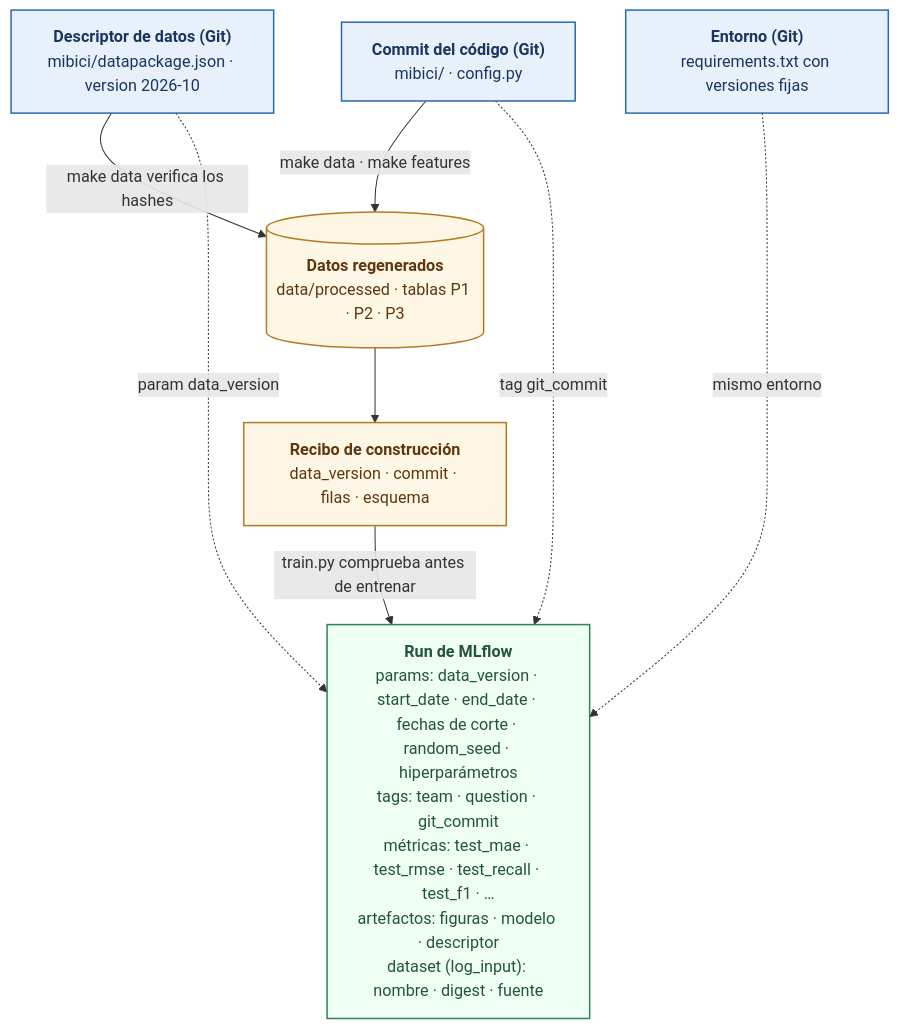
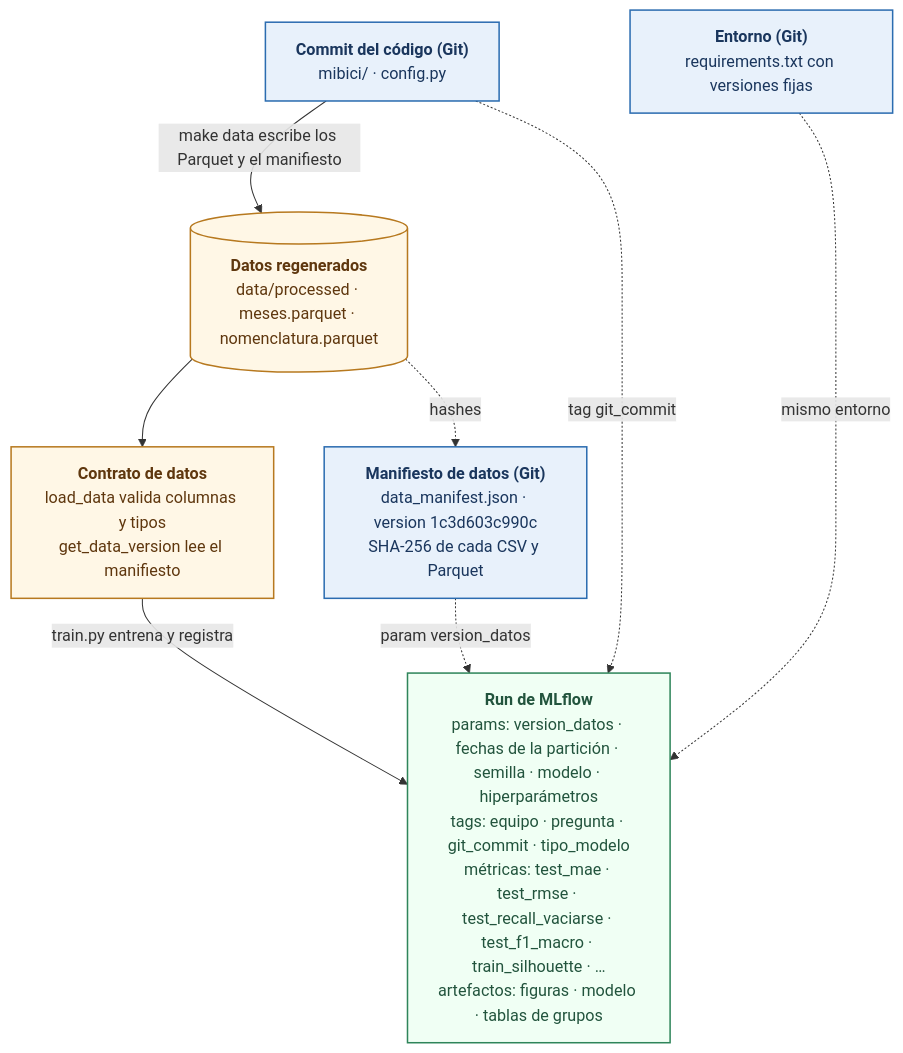
The diagram in references/trazabilidad.mmd (WillSagzz/TC5061-Proyecto-Equipo10), drawn with Mermaid before and after one commit. The commit also changed 29 other files, not shown here.

```diff
--- a/references/trazabilidad.mmd
+++ b/references/trazabilidad.mmd
@@ -1,29 +1,29 @@
 %% Cadena de trazabilidad de un run · Proyecto MiBici · TC5061 Equipo 10
 %% Fuente de la Figura 3 de la Entrega 01. Se exporta a trazabilidad.png con mermaid-cli.
 %% Colores: azul = en Git · naranja = regenerado en cada máquina · verde = registro en MLflow.
 flowchart TB
 
-  MAN["<b>Descriptor de datos (Git)</b><br/>mibici/datapackage.json · version 2026-10"]
+  MAN["<b>Manifiesto de datos (Git)</b><br/>data_manifest.json · version 1c3d603c990c<br/>SHA-256 de cada CSV y Parquet"]
   COMMIT["<b>Commit del código (Git)</b><br/>mibici/ · config.py"]
   REQ["<b>Entorno (Git)</b><br/>requirements.txt con versiones fijas"]
 
-  DATA[("<b>Datos regenerados</b><br/>data/processed · tablas P1 · P2 · P3")]
-  RECEIPT["<b>Recibo de construcción</b><br/>data_version · commit · filas · esquema"]
+  DATA[("<b>Datos regenerados</b><br/>data/processed · meses.parquet · nomenclatura.parquet")]
+  CHECK["<b>Contrato de datos</b><br/>load_data valida columnas y tipos<br/>get_data_version lee el manifiesto"]
 
-  RUN["<b>Run de MLflow</b><br/>params: data_version · start_date · end_date · fechas de corte · random_seed · hiperparámetros<br/>tags: team · question · git_commit<br/>métricas: test_mae · test_rmse · test_recall · test_f1 · …<br/>artefactos: figuras · modelo · descriptor<br/>dataset (log_input): nombre · digest · fuente"]
+  RUN["<b>Run de MLflow</b><br/>params: version_datos · fechas de la partición · semilla · modelo · hiperparámetros<br/>tags: equipo · pregunta · git_commit · tipo_modelo<br/>métricas: test_mae · test_rmse · test_recall_vaciarse · test_f1_macro · train_silhouette · …<br/>artefactos: figuras · modelo · tablas de grupos"]
 
-  MAN -- "make data verifica los hashes" --> DATA
-  COMMIT -- "make data · make features" --> DATA
+  COMMIT -- "make data escribe los Parquet y el manifiesto" --> DATA
+  DATA -. "hashes" .-> MAN
   REQ ~~~ DATA
-  DATA --> RECEIPT
-  RECEIPT -- "train.py comprueba antes de entrenar" --> RUN
-  MAN -. "param data_version" .-> RUN
+  DATA --> CHECK
+  CHECK -- "train.py entrena y registra" --> RUN
+  MAN -. "param version_datos" .-> RUN
   COMMIT -. "tag git_commit" .-> RUN
   REQ -. "mismo entorno" .-> RUN
 
   classDef git fill:#e8f1fb,stroke:#2b6cb0,stroke-width:1.5px,color:#1a365d
   classDef local fill:#fff7e6,stroke:#b7791f,stroke-width:1.5px,color:#5f370e
   classDef run fill:#f0fff4,stroke:#2f855a,stroke-width:1.5px,color:#22543d
   class MAN,COMMIT,REQ git
-  class DATA,RECEIPT local
+  class DATA,CHECK local
   class RUN run
```
